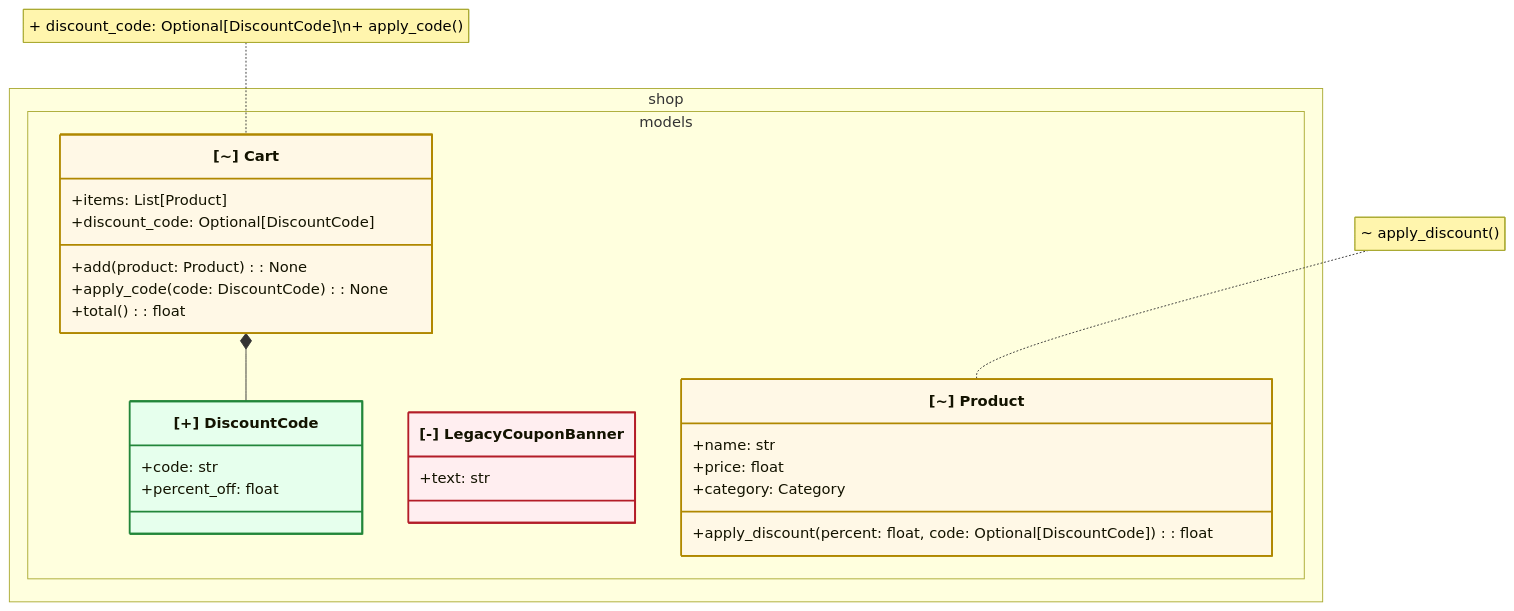
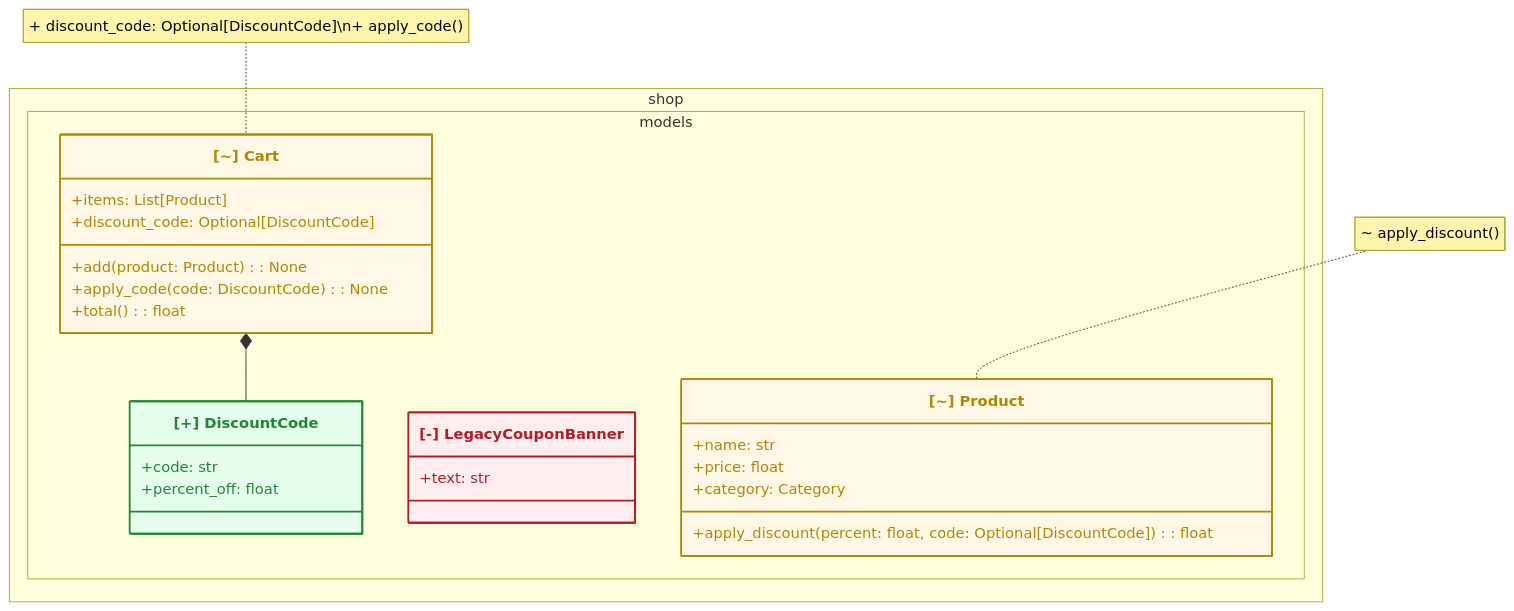
The diagram in docs/examples/shop-discount-codes.md (t29mato/design-diff), drawn with Mermaid before and after one commit. The commit also changed 6 other files, not shown here.

````diff
--- a/docs/examples/shop-discount-codes.md
+++ b/docs/examples/shop-discount-codes.md
@@ -25,32 +25,32 @@
 ```mermaid
 classDiagram
     namespace shop.models {
         class shop_models_Cart["[~] Cart"] {
             +items: List[Product]
             +discount_code: Optional[DiscountCode]
             +add(product: Product): None
             +apply_code(code: DiscountCode): None
             +total(): float
         }
         class shop_models_DiscountCode["[+] DiscountCode"] {
             +code: str
             +percent_off: float
         }
         class shop_models_LegacyCouponBanner["[-] LegacyCouponBanner"] {
             +text: str
         }
         class shop_models_Product["[~] Product"] {
             +name: str
             +price: float
             +category: Category
             +apply_discount(percent: float, code: Optional[DiscountCode]): float
         }
     }
-    style shop_models_Cart fill:#fff8e6,stroke:#b08800,stroke-width:2px
-    style shop_models_DiscountCode fill:#e6ffed,stroke:#22863a,stroke-width:2px
-    style shop_models_LegacyCouponBanner fill:#ffeef0,stroke:#b31d28,stroke-width:2px
-    style shop_models_Product fill:#fff8e6,stroke:#b08800,stroke-width:2px
+    style shop_models_Cart fill:#fff8e6,stroke:#b08800,stroke-width:2px,color:#b08800
+    style shop_models_DiscountCode fill:#e6ffed,stroke:#22863a,stroke-width:2px,color:#22863a
+    style shop_models_LegacyCouponBanner fill:#ffeef0,stroke:#b31d28,stroke-width:2px,color:#b31d28
+    style shop_models_Product fill:#fff8e6,stroke:#b08800,stroke-width:2px,color:#b08800
     note for shop_models_Cart "+ discount_code: Optional[DiscountCode]\n+ apply_code()"
     note for shop_models_Product "~ apply_discount()"
     shop_models_Cart *-- shop_models_DiscountCode
 ```
````
